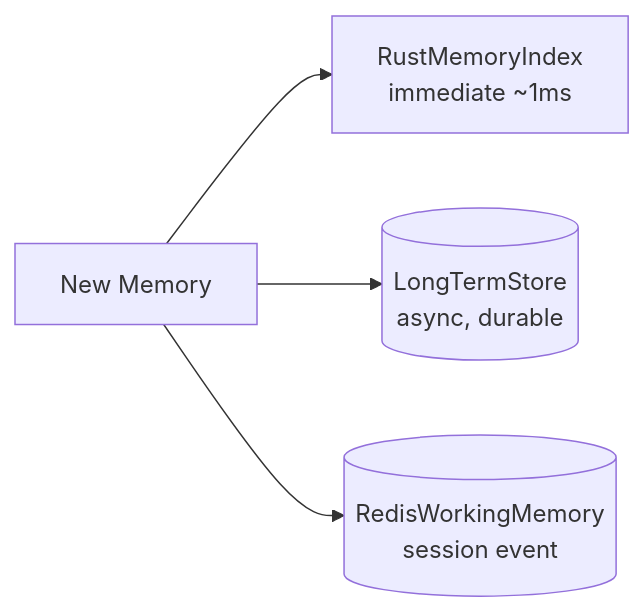
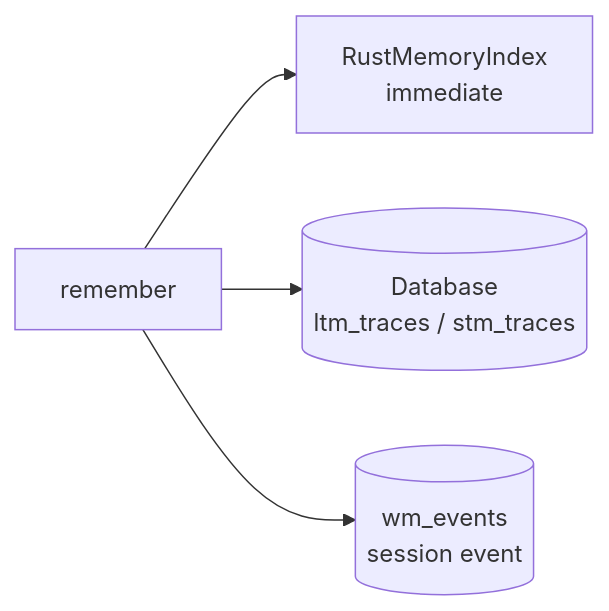
One commit to Magic-Man-us/MemoryCore changed the fourth of 5 diagrams in docs/architecture.md. Above: the diagram before and after it, drawn with Mermaid. The commit also changed other lines of this file and 45 other files, not shown here.

````diff
--- a/docs/architecture.md
+++ b/docs/architecture.md
@@ -46,6 +54,6 @@
 ```mermaid
 flowchart LR
-    M[New Memory] --> Rust[RustMemoryIndex<br>immediate ~1ms]
-    M --> DB[(LongTermStore<br>async, durable)]
-    M --> WM[(RedisWorkingMemory<br>session event)]
+    M[remember] --> Rust[RustMemoryIndex<br>immediate]
+    M --> DB[(Database<br>ltm_traces / stm_traces)]
+    M --> WM[(wm_events<br>session event)]
 ```
````
